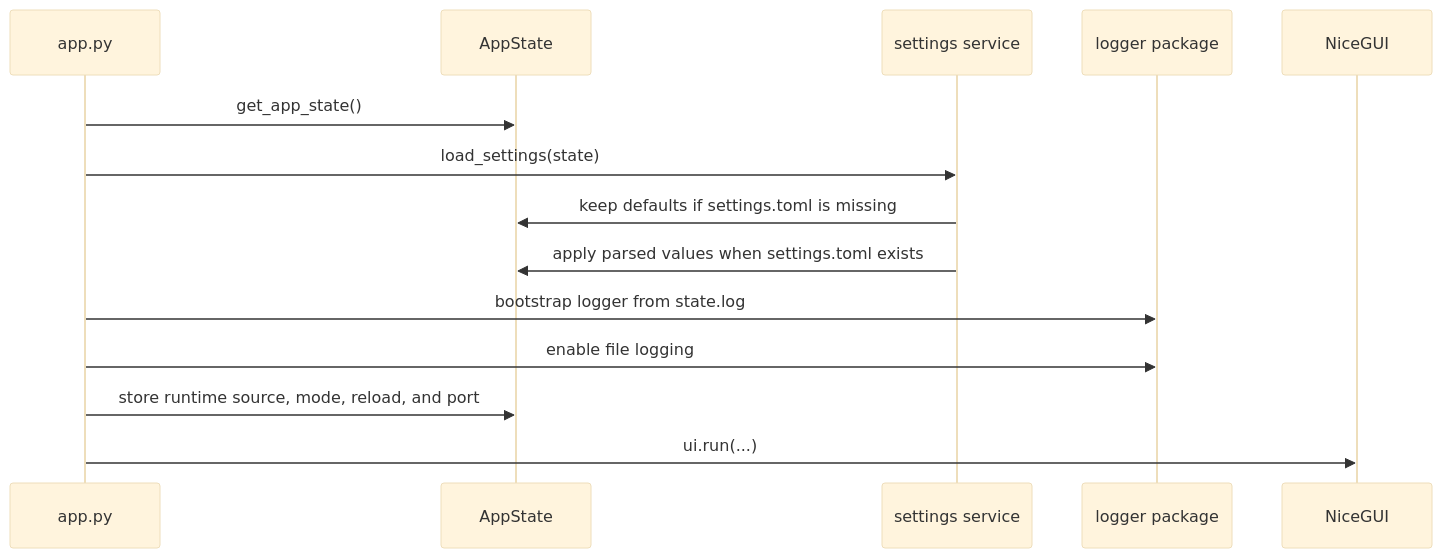
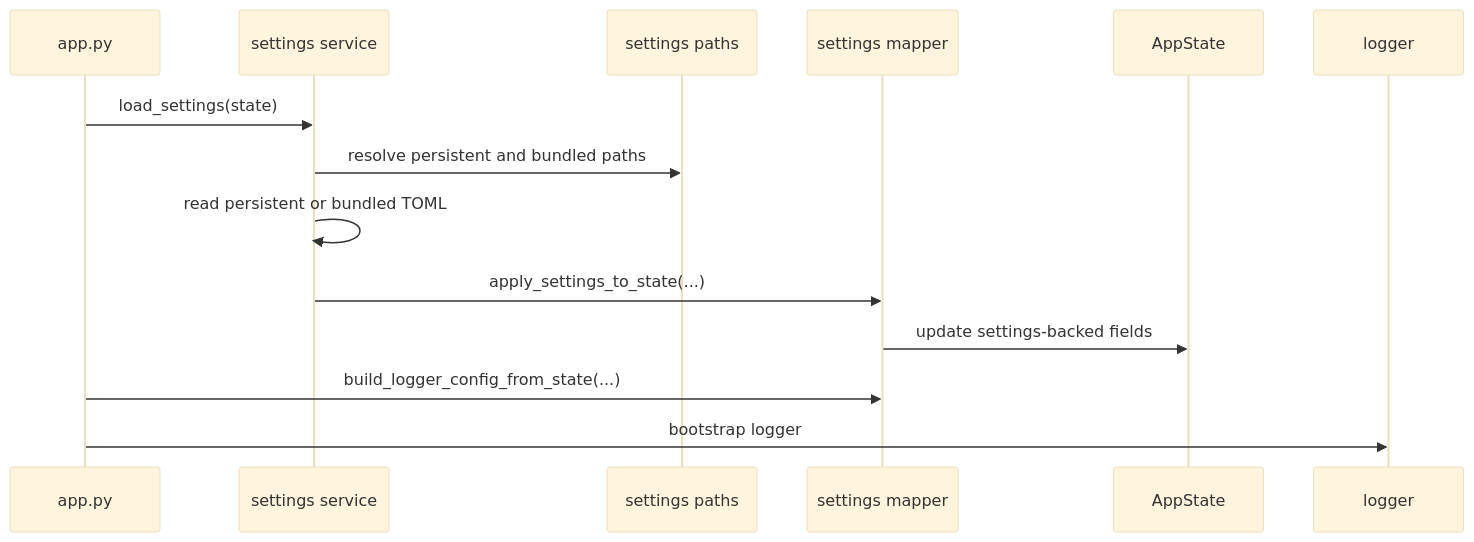
The second of 2 diagrams in docs/settings.md (Fonze81/NiceGui-Windows-Base), drawn with Mermaid (base theme) before and after one commit. The commit also changed other lines of this file and 15 other files, not shown here.

````diff
--- a/docs/settings.md
+++ b/docs/settings.md
@@ -108,17 +144,17 @@
 ```mermaid
 sequenceDiagram
     participant App as app.py
+    participant Settings as settings service
+    participant Paths as settings paths
+    participant Mapper as settings mapper
     participant State as AppState
-    participant Settings as settings service
-    participant Logger as logger package
-    participant NiceGUI as NiceGUI
+    participant Logger as logger
 
-    App->>State: get_app_state()
     App->>Settings: load_settings(state)
-    Settings->>State: keep defaults if settings.toml is missing
-    Settings->>State: apply parsed values when settings.toml exists
-    App->>Logger: bootstrap logger from state.log
-    App->>Logger: enable file logging
-    App->>State: store runtime source, mode, reload, and port
-    App->>NiceGUI: ui.run(...)
+    Settings->>Paths: resolve persistent and bundled paths
+    Settings->>Settings: read persistent or bundled TOML
+    Settings->>Mapper: apply_settings_to_state(...)
+    Mapper->>State: update settings-backed fields
+    App->>Mapper: build_logger_config_from_state(...)
+    App->>Logger: bootstrap logger
 ```
````
